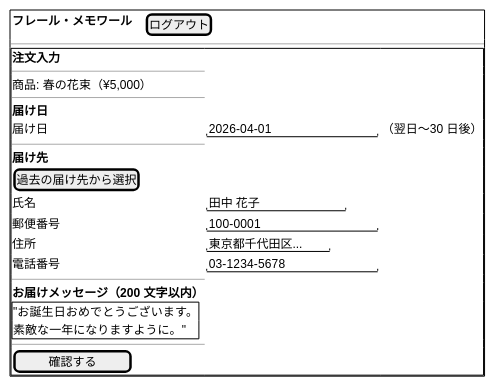
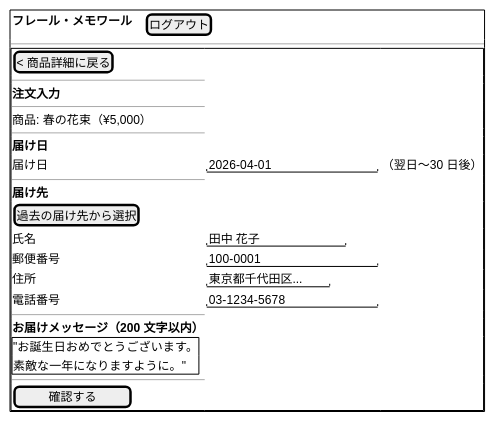
Before and after one commit to k2works/case-study-sdd-development: the ninth of 25 diagrams in docs/design/ui-design.md, drawn with PlantUML. The commit also changed other lines of this file, not shown here.

````diff
--- a/docs/design/ui-design.md
+++ b/docs/design/ui-design.md
@@ -307,33 +361,35 @@
 ```plantuml
 @startsalt
 {+
   {
     <b>フレール・メモワール | . | . | [ログアウト]
   }
   ---
   {+
+    [< 商品詳細に戻る]
+    ---
     <b>注文入力
     ---
     商品: 春の花束（¥5,000）
     ---
     <b>届け日
     届け日 | "2026-04-01           " | （翌日〜30 日後）
     ---
     <b>届け先
     [過去の届け先から選択]
     氏名     | "田中 花子            "
     郵便番号 | "100-0001             "
     住所     | "東京都千代田区...     "
     電話番号 | "03-1234-5678         "
     ---
     <b>お届けメッセージ（200 文字以内）
     {+
       "お誕生日おめでとうございます。
        素敵な一年になりますように。"
     }
     ---
     [     確認する     ]
   }
 }
 @endsalt
 ```
````
